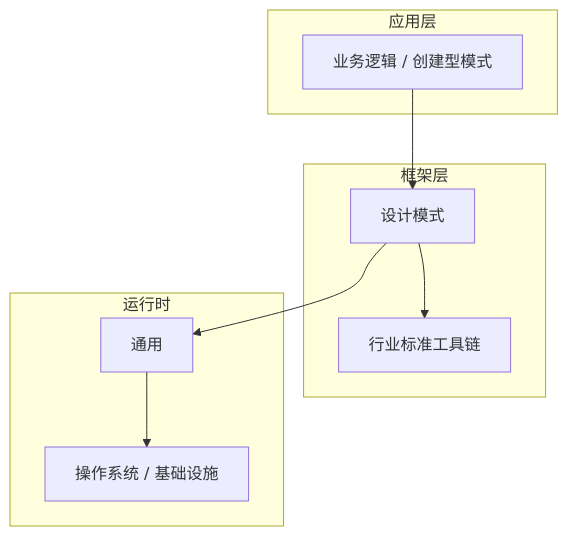
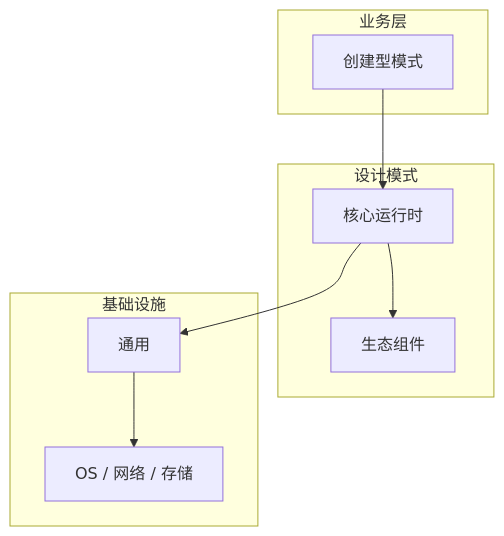
The diagram in articles/设计模式/chapters/005-创建型模式核心概念与原理.md (yanggan2015/knowledge-json-v2), drawn with Mermaid before and after one commit. The commit also changed other lines of this file and 10127 other files, not shown here.

````diff
--- a/articles/设计模式/chapters/005-创建型模式核心概念与原理.md
+++ b/articles/设计模式/chapters/005-创建型模式核心概念与原理.md
@@ -45,18 +34,18 @@
 ```mermaid
 graph TB
-    subgraph 应用层
-        A[业务逻辑 / 创建型模式]
+    subgraph 业务层
+        A[创建型模式]
     end
-    subgraph 框架层
-        B[设计模式]
-        C[行业标准工具链]
+    subgraph 设计模式
+        B[核心运行时]
+        C[生态组件]
     end
-    subgraph 运行时
+    subgraph 基础设施
         D[通用]
-        E[操作系统 / 基础设施]
+        E[OS / 网络 / 存储]
     end
     A --> B
     B --> C
     B --> D
     D --> E
 ```
````
